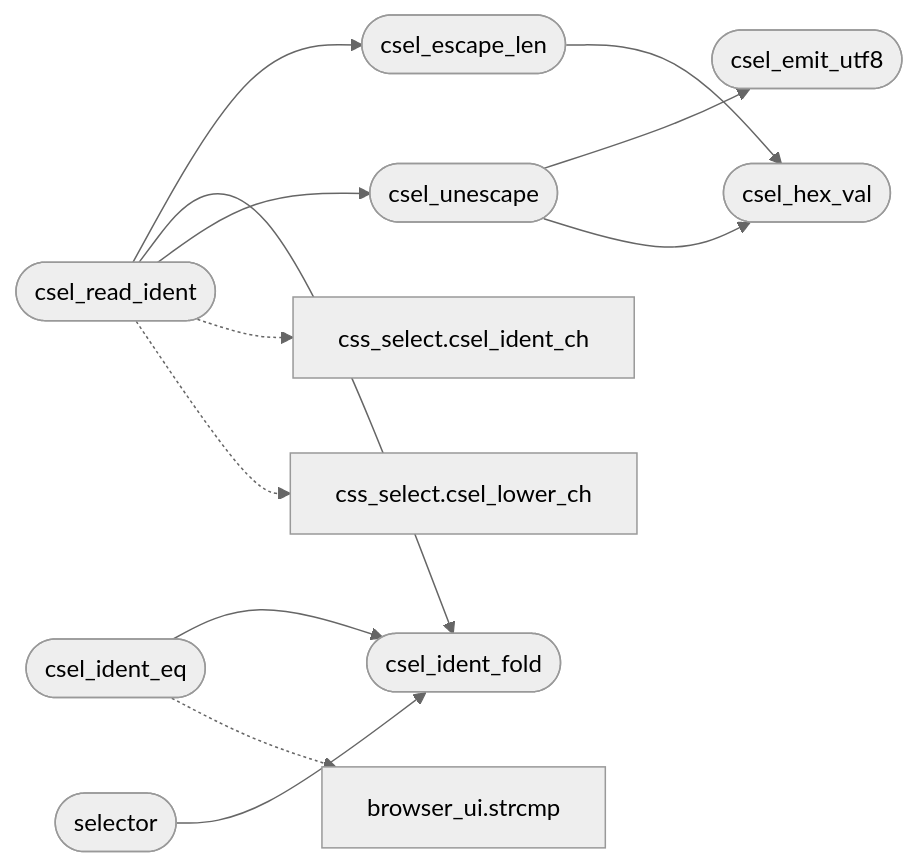
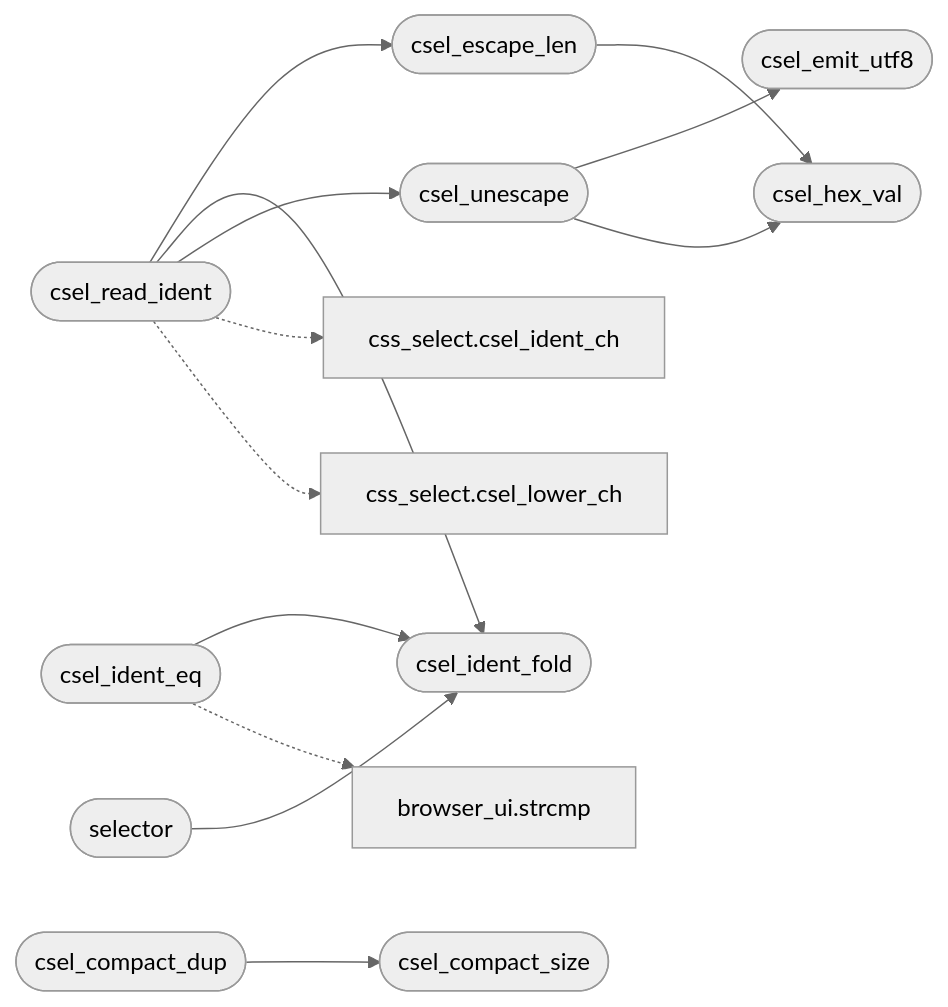
One commit to grisuno/FreeDom changed the diagram in readmenator-apidocs/modules/src.css_select.c.md. Above: the diagram before and after it, drawn with Mermaid (neutral theme). The commit also changed other lines of this file and 164 other files, not shown here.

````diff
--- a/readmenator-apidocs/modules/src.css_select.c.md
+++ b/readmenator-apidocs/modules/src.css_select.c.md
@@ -14,25 +14,28 @@
 ```mermaid
 flowchart LR
     n_src_css_select_c__csel_unescape(["csel_unescape"])
     n_src_css_select_c__csel_emit_utf8(["csel_emit_utf8"])
     n_src_css_select_c__csel_hex_val(["csel_hex_val"])
     n_src_css_select_c__csel_escape_len(["csel_escape_len"])
     n_src_css_select_c__csel_ident_eq(["csel_ident_eq"])
     n_src_css_select_c__csel_ident_fold(["csel_ident_fold"])
     n_src_css_select_c__csel_read_ident(["csel_read_ident"])
     n_src_css_select_c__selector(["selector"])
+    n_src_css_select_c__csel_compact_dup(["csel_compact_dup"])
+    n_src_css_select_c__csel_compact_size(["csel_compact_size"])
     n_gui_browser_ui_c__strcmp["browser_ui.strcmp"]
     n_include_css_select_h__csel_ident_ch["css_select.csel_ident_ch"]
     n_include_css_select_h__csel_lower_ch["css_select.csel_lower_ch"]
     n_src_css_select_c__csel_unescape --> n_src_css_select_c__csel_emit_utf8
     n_src_css_select_c__csel_unescape --> n_src_css_select_c__csel_hex_val
     n_src_css_select_c__csel_escape_len --> n_src_css_select_c__csel_hex_val
     n_src_css_select_c__csel_ident_eq --> n_src_css_select_c__csel_ident_fold
     n_src_css_select_c__csel_read_ident --> n_src_css_select_c__csel_escape_len
     n_src_css_select_c__csel_read_ident --> n_src_css_select_c__csel_ident_fold
     n_src_css_select_c__csel_read_ident --> n_src_css_select_c__csel_unescape
     n_src_css_select_c__selector --> n_src_css_select_c__csel_ident_fold
+    n_src_css_select_c__csel_compact_dup --> n_src_css_select_c__csel_compact_size
     n_src_css_select_c__csel_ident_eq -.-> n_gui_browser_ui_c__strcmp
     n_src_css_select_c__csel_read_ident -.-> n_include_css_select_h__csel_ident_ch
     n_src_css_select_c__csel_read_ident -.-> n_include_css_select_h__csel_lower_ch
 ```
````
